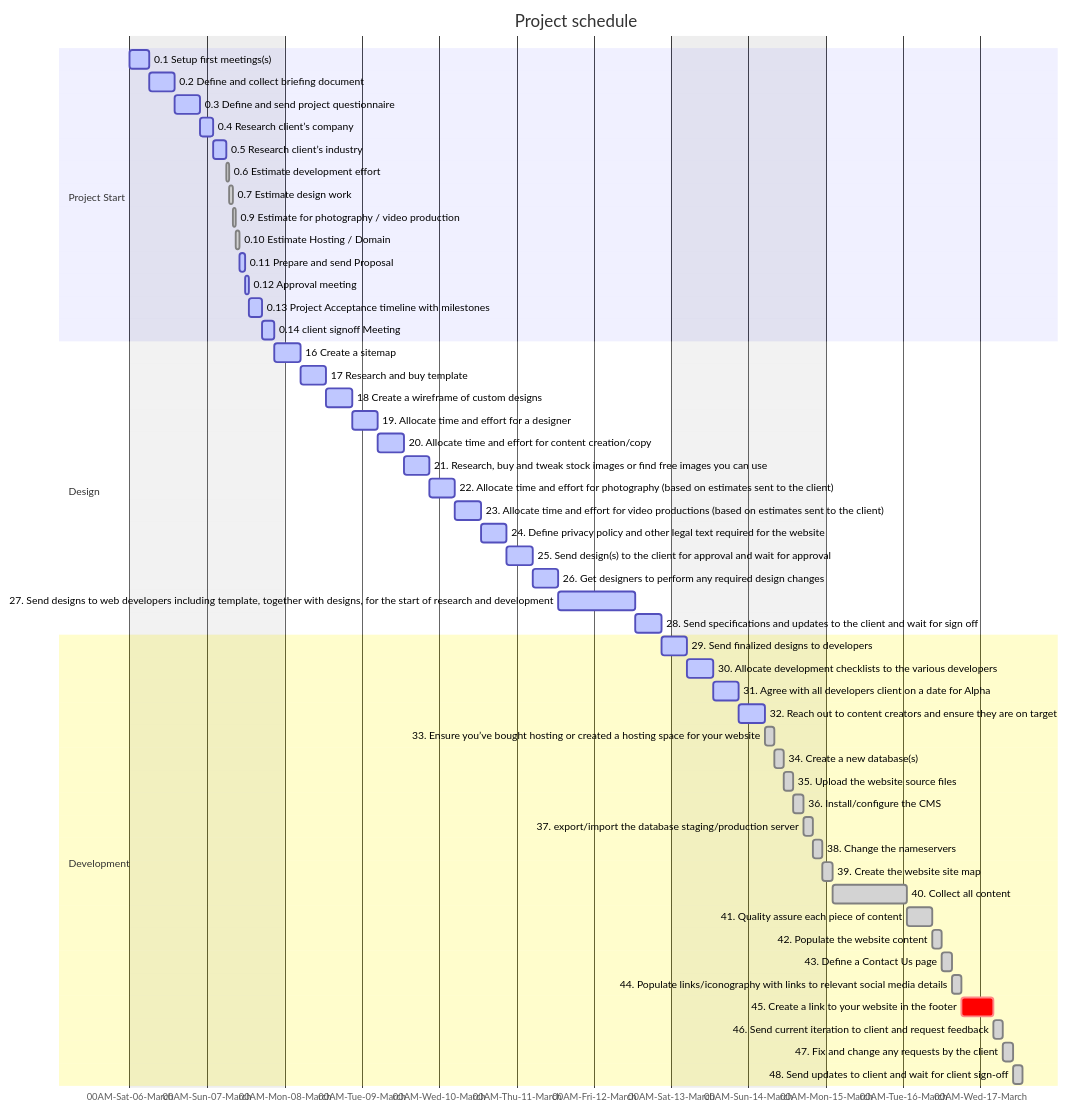
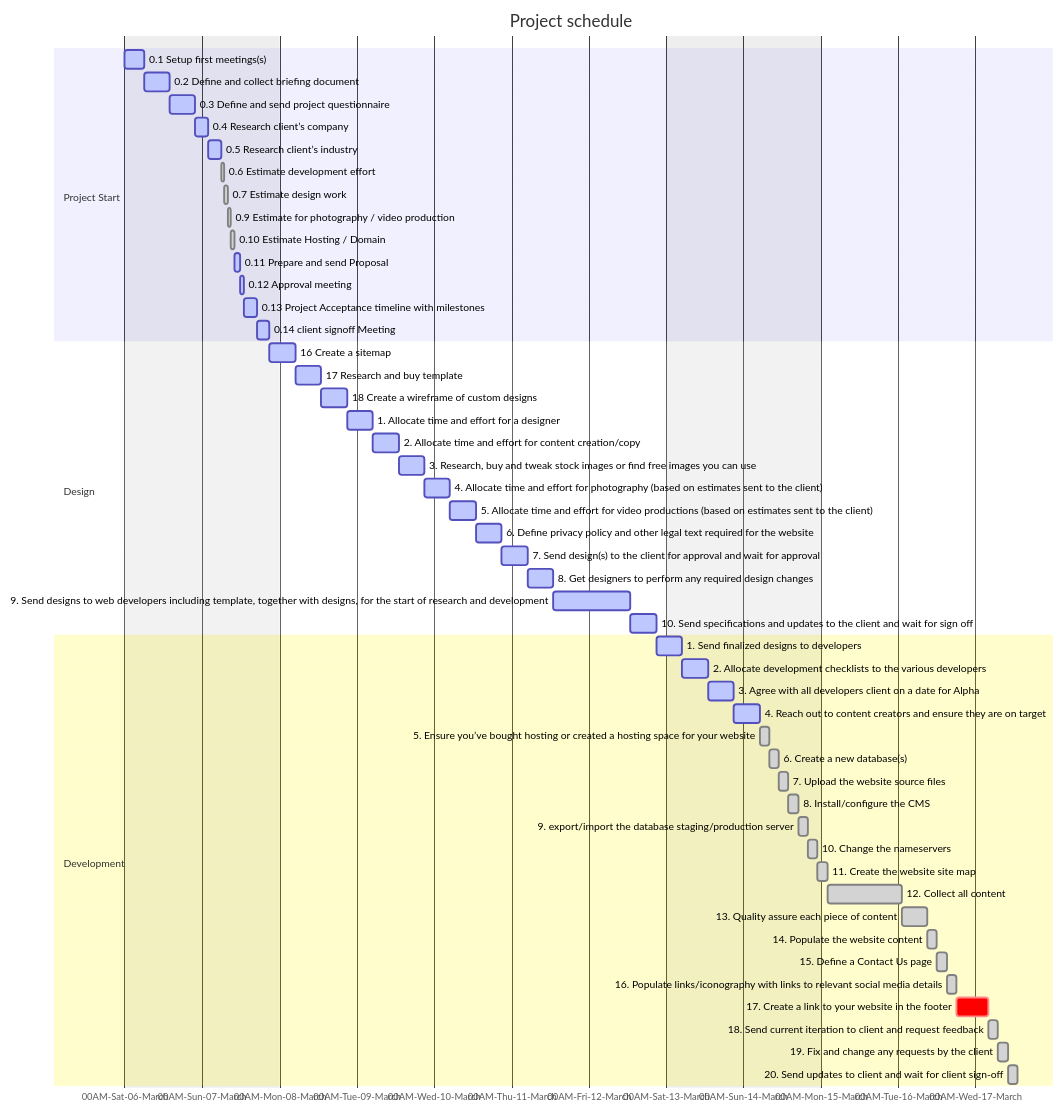
The diagram in docs/gantt.md (HRSlab/prjdoc), drawn with Mermaid before and after one commit. The commit also changed other lines of this file and 11 other files, not shown here.

````diff
--- a/docs/gantt.md
+++ b/docs/gantt.md
@@ -9,65 +14,65 @@
 ```mermaid
 gantt
     dateFormat  DD-MMM
     title       Project schedule
     excludes    weekends
     todayMarker stroke-width:20px,stroke:#BADA55,opacity:0.23
     axisFormat  %H%p-%a-%d-%B
 
     section Project Start
     0.1 Setup first meetings(s)                        :active, 03/06/2021, 6h
     0.2 Define and collect briefing document               :active, 8h
     0.3 Define and send project questionnaire              :active, 8h
     0.4 Research client’s company                          :active, 4h
     0.5 Research client’s industry                         :active, 4h
     0.6 Estimate  development effort                       :done, 1h
     0.7 Estimate   design work                             :done, 1h
     0.9 Estimate for photography / video production        :done, 1h
     0.10 Estimate  Hosting / Domain                        :done, 1h
     0.11 Prepare and send Proposal                        :active, 2h
     0.12 Approval  meeting                                :active, 1h
     0.13  Project Acceptance timeline with milestones        :active, 4h
     0.14  client signoff Meeting                           :active, 4h
     section Design
     16 Create a sitemap :active, 8h
     17 Research and buy template :active, 8h
     18 Create a wireframe of custom designs :active, 8h
-    19. Allocate time and effort for a designer :active, 8h
-    20. Allocate time and effort for content creation/copy :active, 8h
-    21. Research, buy and tweak stock images or find free images you can use :active, 8h
-    22. Allocate time and effort for photography (based on estimates sent to the client) :active, 8h
-    23. Allocate time and effort for video productions (based on estimates sent to the client) :active, 8h
-    24. Define privacy policy and other legal text required for the website :active, 8h
-    25. Send design(s) to the client for approval and wait for approval :active, 8h
-    26. Get designers to perform any required design changes :active, 8h
-    27. Send designs to web developers including template, together with designs, for the start of research and development :active, 1d
-    28. Send specifications and updates to the client and wait for sign off :active, 8h
+    1.  Allocate time and effort for a designer :active, 8h
+    2.  Allocate time and effort for content creation/copy :active, 8h
+    3.  Research, buy and tweak stock images or find free images you can use :active, 8h
+    4.  Allocate time and effort for photography (based on estimates sent to the client) :active, 8h
+    5.  Allocate time and effort for video productions (based on estimates sent to the client) :active, 8h
+    6.  Define privacy policy and other legal text required for the website :active, 8h
+    7.  Send design(s) to the client for approval and wait for approval :active, 8h
+    8.  Get designers to perform any required design changes :active, 8h
+    9.  Send designs to web developers including template, together with designs, for the start of research and development :active, 1d
+    10. Send specifications and updates to the client and wait for sign off :active, 8h
     section Development
-    29. Send finalized designs to developers :active, 8h
-    30. Allocate development checklists to the various developers :active, 8h
-    31. Agree with all developers client on a date for Alpha :active, 8h
-    32. Reach out to content creators and ensure they are on target :active, 8h
-    33. Ensure you’ve bought hosting or created a hosting space for your website :done, 3h
-    34. Create a new database(s) :done, 3h
-    35. Upload the website source files :done, 3h
-    36. Install/configure the CMS :done, 3h
-    37. export/import the database staging/production server :done, 3h
-    38. Change the nameservers :done, 3h
-    39. Create the website site map :done, 3h
-    40. Collect all content :done, 23h
-    41. Quality assure each piece of content :done, 8h
-    42. Populate the website content :done, 3h
-    43. Define a Contact Us page :done, 3h
-    44. Populate links/iconography with links to relevant social media details :done, 3h
-    45. Create a link to your website in the footer :crit, 10h
-    46. Send current iteration to client and request feedback :done, 3h
-    47. Fix and change any requests by the client :done, 3h
-    48. Send updates to client and wait for client sign-off :done, 3h
+    1.  Send finalized designs to developers :active, 8h
+    2.  Allocate development checklists to the various developers :active, 8h
+    3.  Agree with all developers client on a date for Alpha :active, 8h
+    4.  Reach out to content creators and ensure they are on target :active, 8h
+    5.  Ensure you’ve bought hosting or created a hosting space for your website :done, 3h
+    6.  Create a new database(s) :done, 3h
+    7.  Upload the website source files :done, 3h
+    8.  Install/configure the CMS :done, 3h
+    9.  export/import the database staging/production server :done, 3h
+    10. Change the nameservers :done, 3h
+    11. Create the website site map :done, 3h
+    12. Collect all content :done, 23h
+    13. Quality assure each piece of content :done, 8h
+    14. Populate the website content :done, 3h
+    15. Define a Contact Us page :done, 3h
+    16. Populate links/iconography with links to relevant social media details :done, 3h
+    17. Create a link to your website in the footer :crit, 10h
+    18. Send current iteration to client and request feedback :done, 3h
+    19. Fix and change any requests by the client :done, 3h
+    20. Send updates to client and wait for client sign-off :done, 3h
 
 
     section Deployment
 
 
     section Content
 
 ```
````
